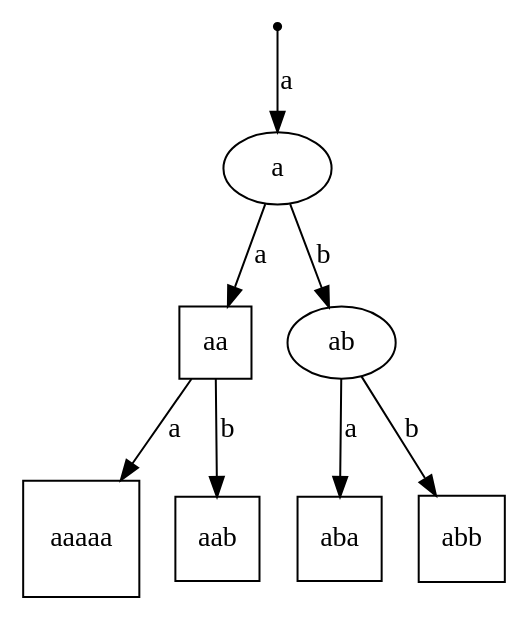
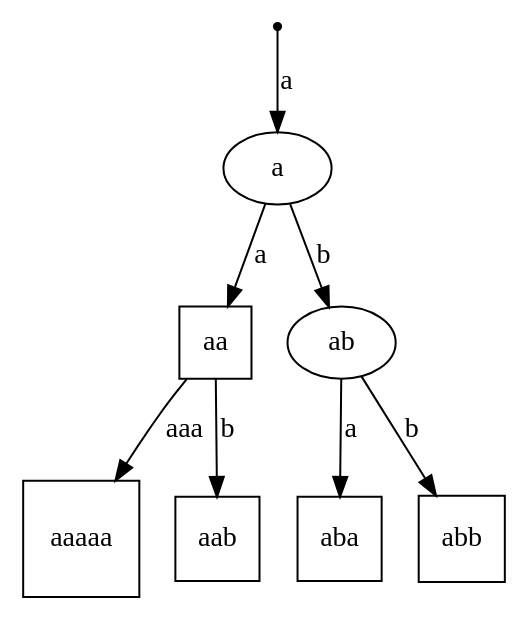
The diagram in notes/nameOfGraph.dot (mhhf/redisc-whitepaper), drawn with Graphviz before and after one commit. The commit also changed 18 other files, not shown here.

```diff
--- a/notes/nameOfGraph.dot
+++ b/notes/nameOfGraph.dot
@@ -1,1 +1,1 @@
-digraph nameOfGraph { start [shape=point]; aaaaa, aab, aba, abb, aa [shape=square]; start-> a[label=a]; a -> aa[label=a]; a -> ab[label=b]; aa -> aaaaa[label=a]; aa -> aab[label=b]; ab -> aba[label=a]; ab -> abb[label=b]; }
+digraph nameOfGraph { start [shape=point]; aaaaa, aab, aba, abb, aa [shape=square]; start-> a[label=a]; a -> aa[label=a]; a -> ab[label=b]; aa -> aaaaa[label=aaa]; aa -> aab[label=b]; ab -> aba[label=a]; ab -> abb[label=b]; }
```
